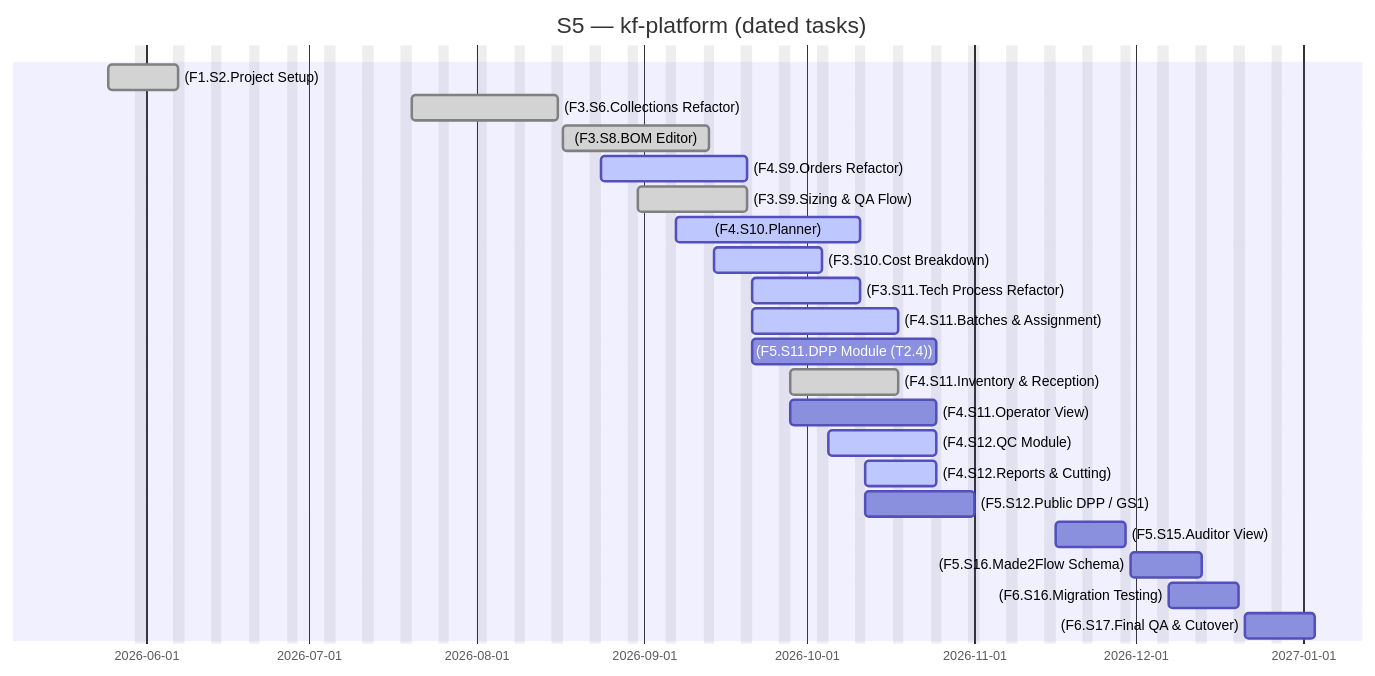
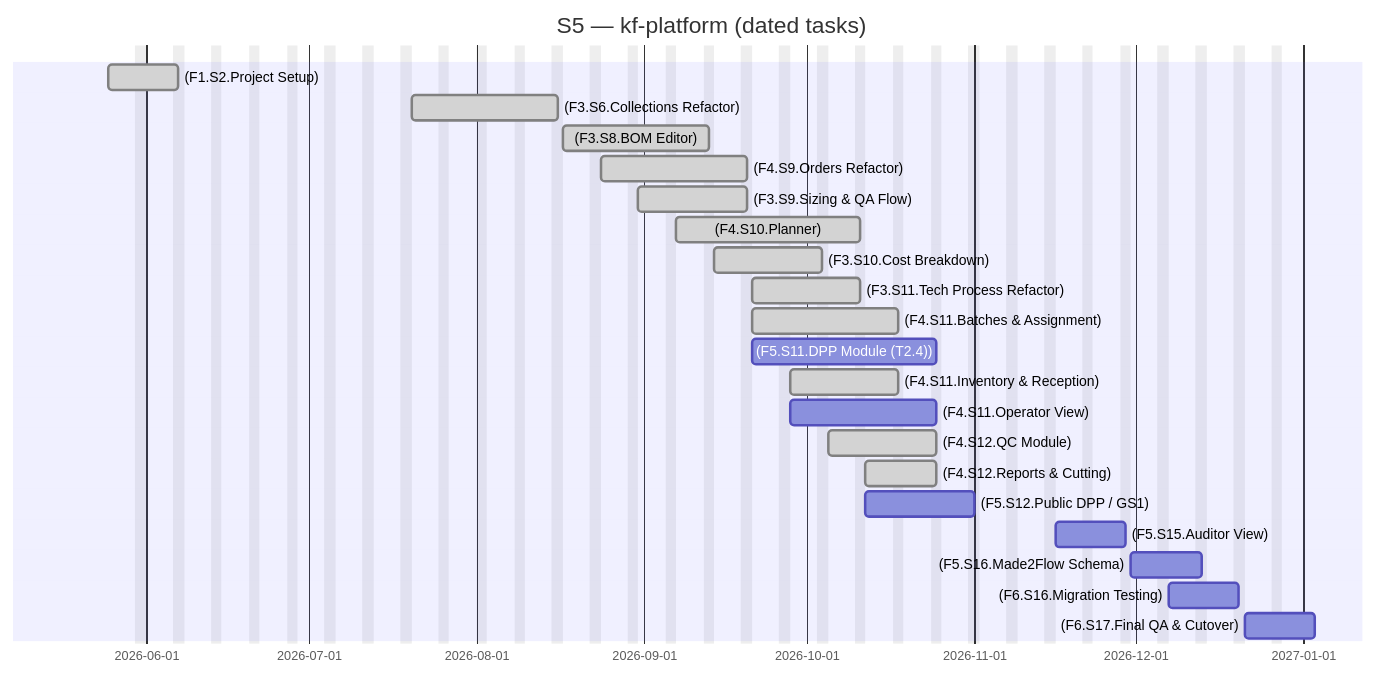
One commit to Katty-Fashion/kf-cpto changed the second of 2 diagrams in docs/_projects/kf-platform.md. Above: the diagram before and after it, drawn with Mermaid. The commit also changed other lines of this file and 14 other files, not shown here.

````diff
--- a/docs/_projects/kf-platform.md
+++ b/docs/_projects/kf-platform.md
@@ -106,26 +106,26 @@
 ```mermaid
 gantt
     title S5 — kf-platform (dated tasks)
     dateFormat YYYY-MM-DD
     excludes weekends
 
     (F1.S2.Project Setup) :done, 2026-05-25, 2026-06-07
     (F3.S6.Collections Refactor) :done, 2026-07-20, 2026-08-16
     (F3.S8.BOM Editor) :done, 2026-08-17, 2026-09-13
-    (F4.S9.Orders Refactor) :active, 2026-08-24, 2026-09-20
+    (F4.S9.Orders Refactor) :done, 2026-08-24, 2026-09-20
     (F3.S9.Sizing & QA Flow) :done, 2026-08-31, 2026-09-20
-    (F4.S10.Planner) :active, 2026-09-07, 2026-10-11
-    (F3.S10.Cost Breakdown) :active, 2026-09-14, 2026-10-04
-    (F3.S11.Tech Process Refactor) :active, 2026-09-21, 2026-10-11
-    (F4.S11.Batches & Assignment) :active, 2026-09-21, 2026-10-18
+    (F4.S10.Planner) :done, 2026-09-07, 2026-10-11
+    (F3.S10.Cost Breakdown) :done, 2026-09-14, 2026-10-04
+    (F3.S11.Tech Process Refactor) :done, 2026-09-21, 2026-10-11
+    (F4.S11.Batches & Assignment) :done, 2026-09-21, 2026-10-18
     (F5.S11.DPP Module (T2.4)) :2026-09-21, 2026-10-25
     (F4.S11.Inventory & Reception) :done, 2026-09-28, 2026-10-18
     (F4.S11.Operator View) :2026-09-28, 2026-10-25
-    (F4.S12.QC Module) :active, 2026-10-05, 2026-10-25
-    (F4.S12.Reports & Cutting) :active, 2026-10-12, 2026-10-25
+    (F4.S12.QC Module) :done, 2026-10-05, 2026-10-25
+    (F4.S12.Reports & Cutting) :done, 2026-10-12, 2026-10-25
     (F5.S12.Public DPP / GS1) :2026-10-12, 2026-11-01
     (F5.S15.Auditor View) :2026-11-16, 2026-11-29
     (F5.S16.Made2Flow Schema) :2026-11-30, 2026-12-13
     (F6.S16.Migration Testing) :2026-12-07, 2026-12-20
     (F6.S17.Final QA & Cutover) :2026-12-21, 2027-01-03
 ```
````
